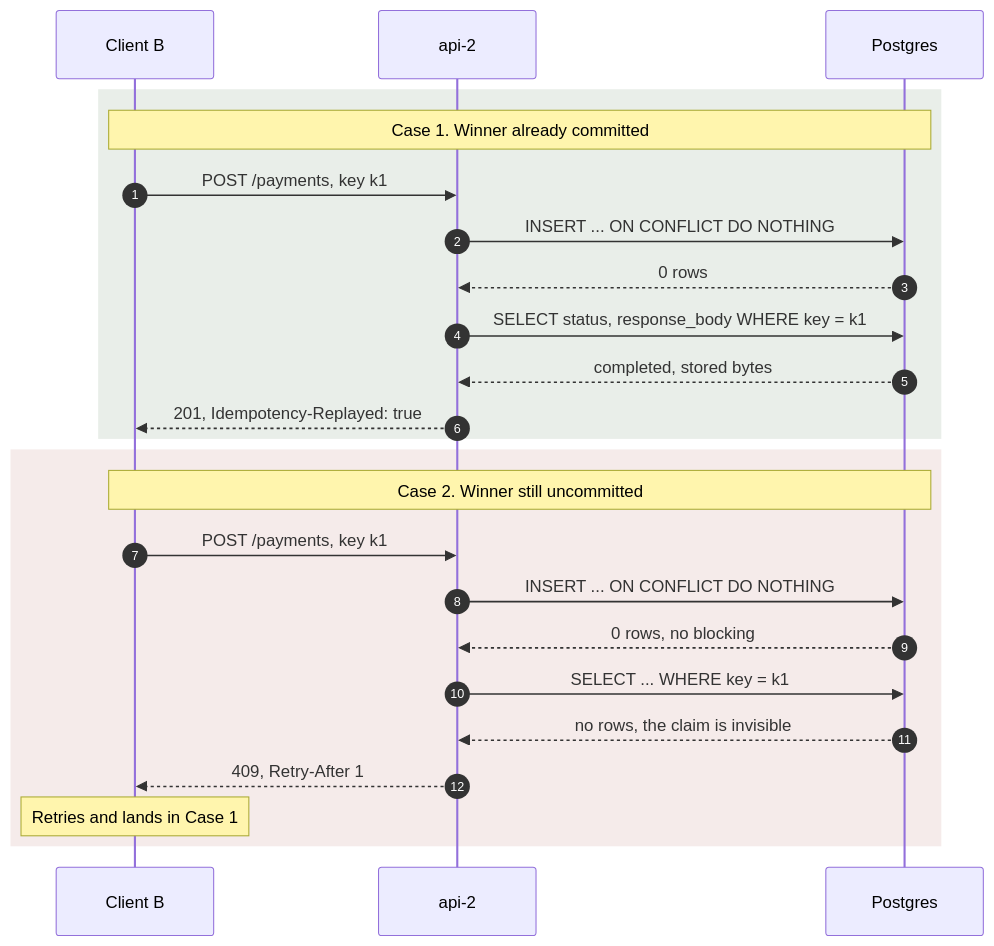
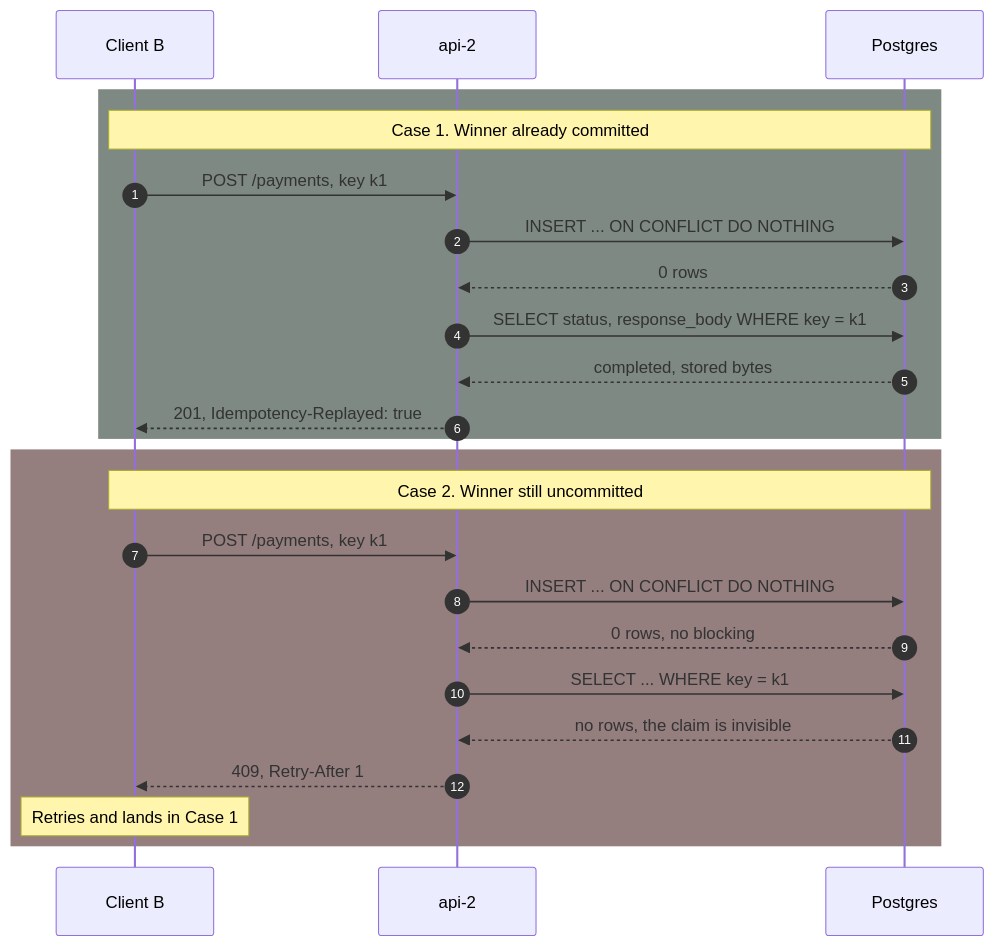
The third of 7 diagrams in README.md (Ridzzz0Alam/idempotent-payment), drawn with Mermaid before and after one commit. The commit also changed other lines of this file and 1 other file, not shown here.

First line of the commit message:
Expand the local run guide and darken the sequence diagram highlights

````diff
--- a/README.md
+++ b/README.md
@@ -113,28 +113,28 @@
 ```mermaid
 sequenceDiagram
     autonumber
     participant C2 as Client B
     participant API as api-2
     participant PG as Postgres
 
-    rect rgb(233, 238, 233)
+    rect rgba(20, 40, 30, 0.55)
     Note over C2,PG: Case 1. Winner already committed
     C2->>API: POST /payments, key k1
     API->>PG: INSERT ... ON CONFLICT DO NOTHING
     PG-->>API: 0 rows
     API->>PG: SELECT status, response_body WHERE key = k1
     PG-->>API: completed, stored bytes
     API-->>C2: 201, Idempotency-Replayed: true
     end
 
-    rect rgb(245, 235, 234)
+    rect rgba(60, 20, 20, 0.55)
     Note over C2,PG: Case 2. Winner still uncommitted
     C2->>API: POST /payments, key k1
     API->>PG: INSERT ... ON CONFLICT DO NOTHING
     PG-->>API: 0 rows, no blocking
     API->>PG: SELECT ... WHERE key = k1
     PG-->>API: no rows, the claim is invisible
     API-->>C2: 409, Retry-After 1
     Note over C2: Retries and lands in Case 1
     end
 ```
````
